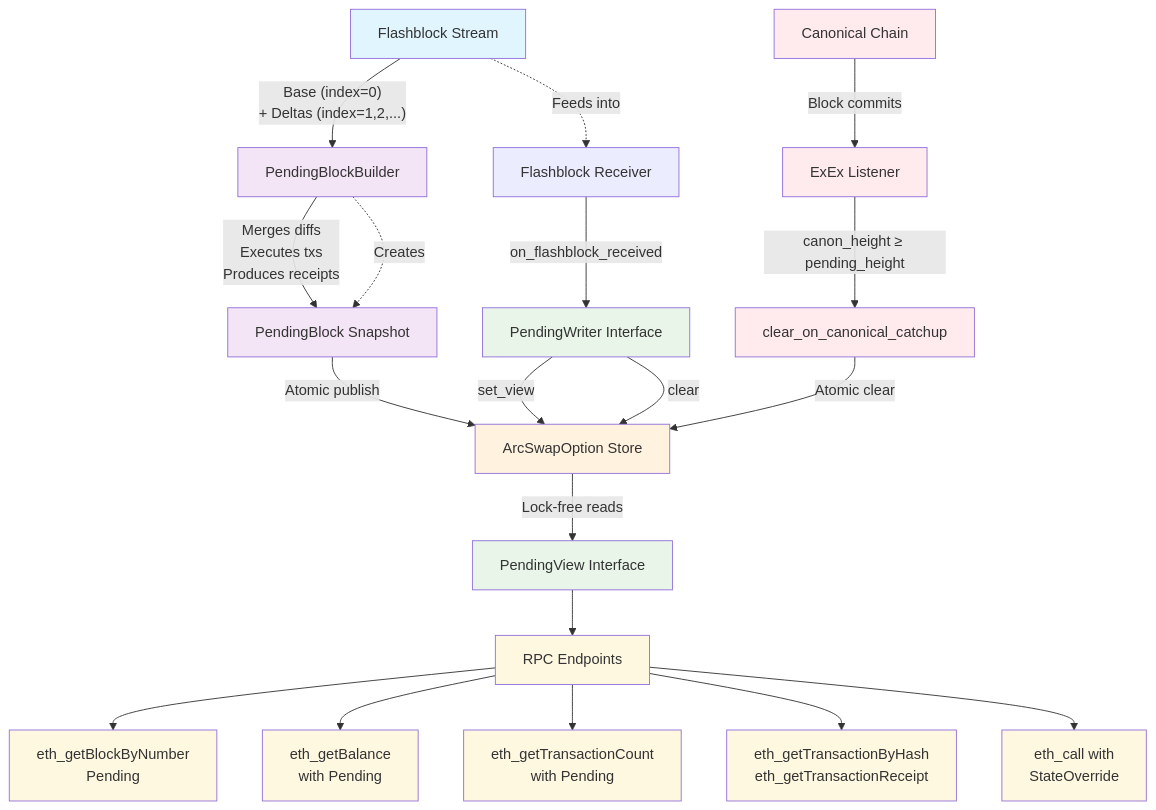
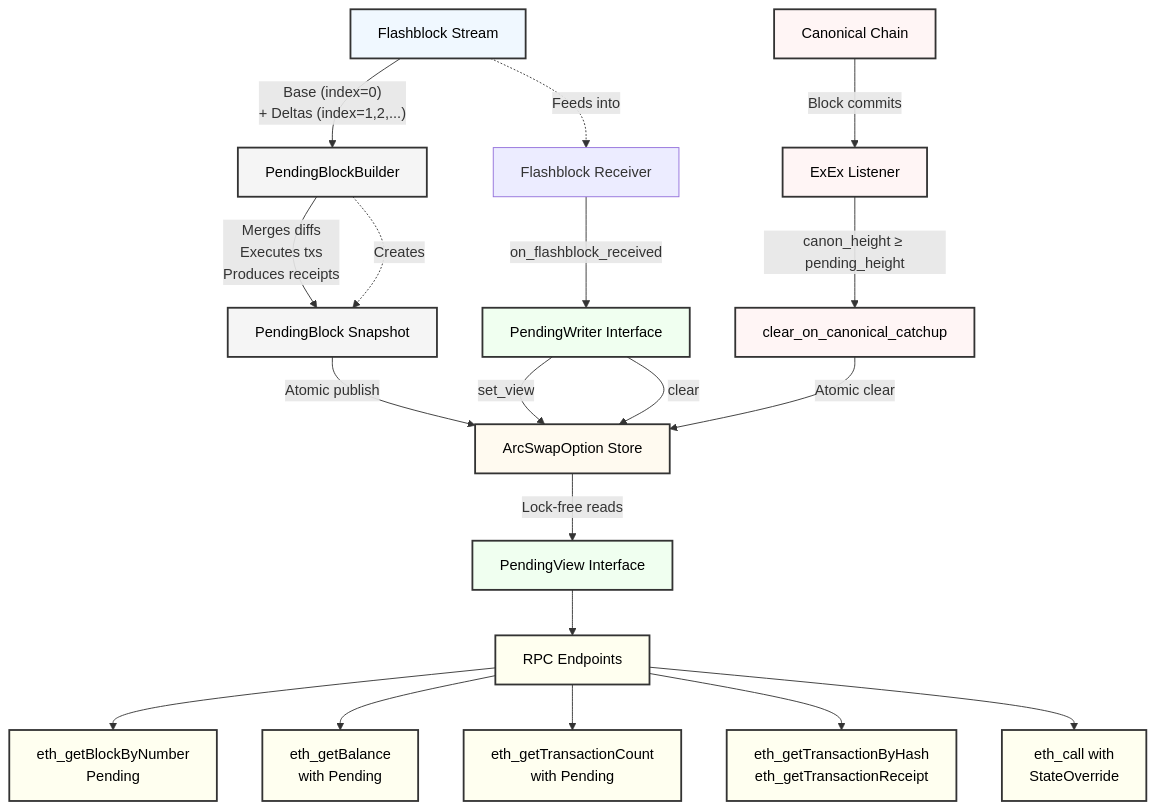
Before and after one commit to base/base: the diagram in crates/flashblocks-rpc/src/tests/README.md, drawn with Mermaid. The commit also changed other lines of this file, not shown here.

Commit message:
updated mermaid

````diff
--- a/crates/flashblocks-rpc/src/tests/README.md
+++ b/crates/flashblocks-rpc/src/tests/README.md
@@ -34,46 +32,46 @@
 ```mermaid
 graph TD
     A["Flashblock Stream"] -->|"Base (index=0)<br/>+ Deltas (index=1,2,...)"| B["PendingBlockBuilder"]
     
     B -->|"Merges diffs<br/>Executes txs<br/>Produces receipts"| C["PendingBlock Snapshot"]
     
     C -->|"Atomic publish"| D["ArcSwapOption Store"]
     
     D -->|"Lock-free reads"| E["PendingView Interface"]
     
     E --> F["RPC Endpoints"]
     F --> G["eth_getBlockByNumber<br/>Pending"]
     F --> H["eth_getBalance<br/>with Pending"]
     F --> I["eth_getTransactionCount<br/>with Pending"]
     F --> J["eth_getTransactionByHash<br/>eth_getTransactionReceipt"]
     F --> K["eth_call with<br/>StateOverride"]
     
     %% ExEx clearing mechanism
     L["Canonical Chain"] -->|"Block commits"| M["ExEx Listener"]
     M -->|"canon_height ≥ pending_height"| N["clear_on_canonical_catchup"]
     N -->|"Atomic clear"| D
     
     %% Writer interface
     O["Flashblock Receiver"] -->|"on_flashblock_received"| P["PendingWriter Interface"]
     P -->|"set_view"| D
     P -->|"clear"| D
     
     %% Data flow connections
     A -.->|"Feeds into"| O
     B -.->|"Creates"| C
     
-    %% Styling
-    classDef stream fill:#e1f5fe
-    classDef processing fill:#f3e5f5
-    classDef storage fill:#fff3e0
-    classDef interface fill:#e8f5e8
-    classDef rpc fill:#fff8e1
-    classDef exex fill:#ffebee
+    %% Styling with better contrast
+    classDef stream fill:#f0f8ff,stroke:#333,stroke-width:2px,color:#000
+    classDef processing fill:#f5f5f5,stroke:#333,stroke-width:2px,color:#000
+    classDef storage fill:#fffaf0,stroke:#333,stroke-width:2px,color:#000
+    classDef interface fill:#f0fff0,stroke:#333,stroke-width:2px,color:#000
+    classDef rpc fill:#fffff0,stroke:#333,stroke-width:2px,color:#000
+    classDef exex fill:#fff5f5,stroke:#333,stroke-width:2px,color:#000
     
     class A stream
     class B,C processing
     class D storage
     class E,P interface
     class F,G,H,I,J,K rpc
     class L,M,N exex
 ```
````
